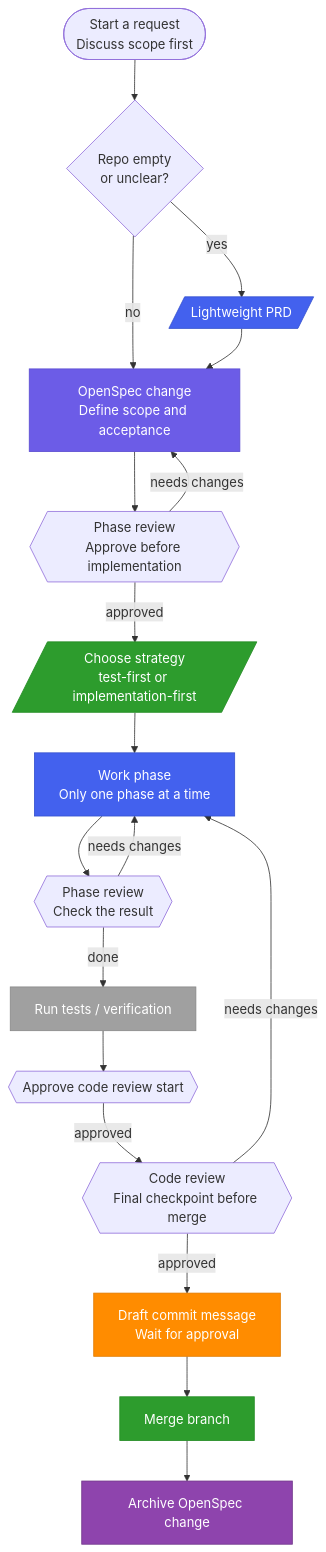
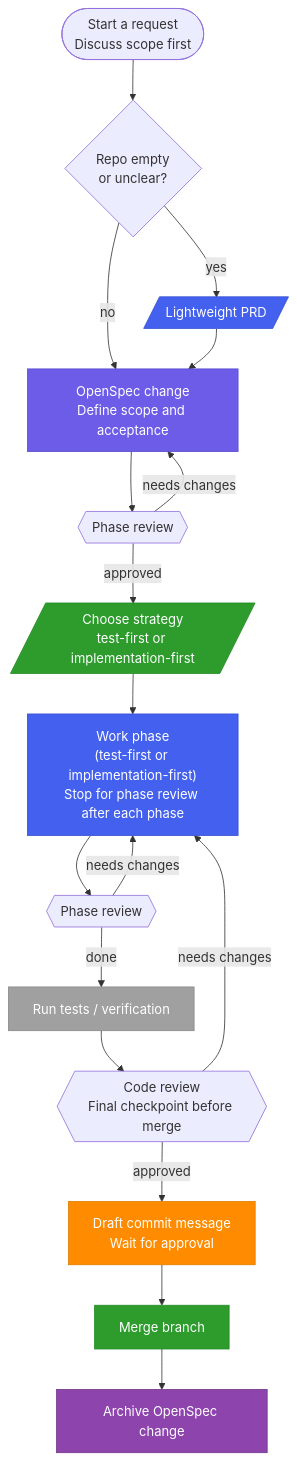
Before and after one commit to Ray-suen/spec-review-workflow: the diagram in README.md, drawn with Mermaid.

Commit message:
docs(readme): simplify flowchart and merge code review nodes
- revert complex strategy branches back to single work node
- annotate work node with test-first / implementation-first
- merge REVIEW3 and REVIEW4 into single CODE_REVIEW node

````diff
--- a/README.md
+++ b/README.md
@@ -10,42 +10,39 @@
 ```mermaid
 flowchart TD
     START([Start a request<br>Discuss scope first]) --> NEED_PRD{Repo empty<br>or unclear?}
 
     NEED_PRD -->|yes| PRD
     NEED_PRD -->|no| SPEC
 
     PRD[/"Lightweight PRD"/] --> SPEC
     SPEC["OpenSpec change<br>Define scope and acceptance"] --> REVIEW1
 
-    REVIEW1{{"Phase review<br>Approve before implementation"}}
+    REVIEW1{{"Phase review"}}
     REVIEW1 -->|approved| STRATEGY
     REVIEW1 -->|needs changes| SPEC
 
     STRATEGY[/"Choose strategy<br>test-first or implementation-first"/] --> WORK
-    WORK["Work phase<br>Only one phase at a time"] --> REVIEW2
+    WORK["Work phase<br>(test-first or implementation-first)<br>Stop for phase review after each phase"] --> REVIEW2
 
-    REVIEW2{{"Phase review<br>Check the result"}}
-    REVIEW2 -->|done| TESTS
+    REVIEW2{{"Phase review"}}
+    REVIEW2 -->|done| VERIFY
     REVIEW2 -->|needs changes| WORK
 
-    TESTS["Run tests / verification"] --> REVIEW3
+    VERIFY["Run tests / verification"] --> CODE_REVIEW
 
-    REVIEW3{{"Approve code review start"}}
-    REVIEW3 -->|approved| REVIEW4
-
-    REVIEW4{{"Code review<br>Final checkpoint before merge"}}
-    REVIEW4 -->|approved| COMMIT
-    REVIEW4 -->|needs changes| WORK
+    CODE_REVIEW{{"Code review<br>Final checkpoint before merge"}}
+    CODE_REVIEW -->|approved| COMMIT
+    CODE_REVIEW -->|needs changes| WORK
 
     COMMIT["Draft commit message<br>Wait for approval"] --> MERGE["Merge branch"]
     MERGE --> ARCHIVE["Archive OpenSpec change"]
 
     style PRD fill:#4361ee,stroke:#3451ce,color:#fff
     style SPEC fill:#6c5ce7,stroke:#5a4bd1,color:#fff
     style STRATEGY fill:#2d9c2d,stroke:#228B22,color:#fff
     style WORK fill:#4361ee,stroke:#3451ce,color:#fff
-    style TESTS fill:#a0a0a0,stroke:#888,color:#fff
+    style VERIFY fill:#a0a0a0,stroke:#888,color:#fff
     style COMMIT fill:#ff8c00,stroke:#e07b00,color:#fff
     style MERGE fill:#2d9c2d,stroke:#228B22,color:#fff
     style ARCHIVE fill:#8e44ad,stroke:#70368a,color:#fff
 ```
````
